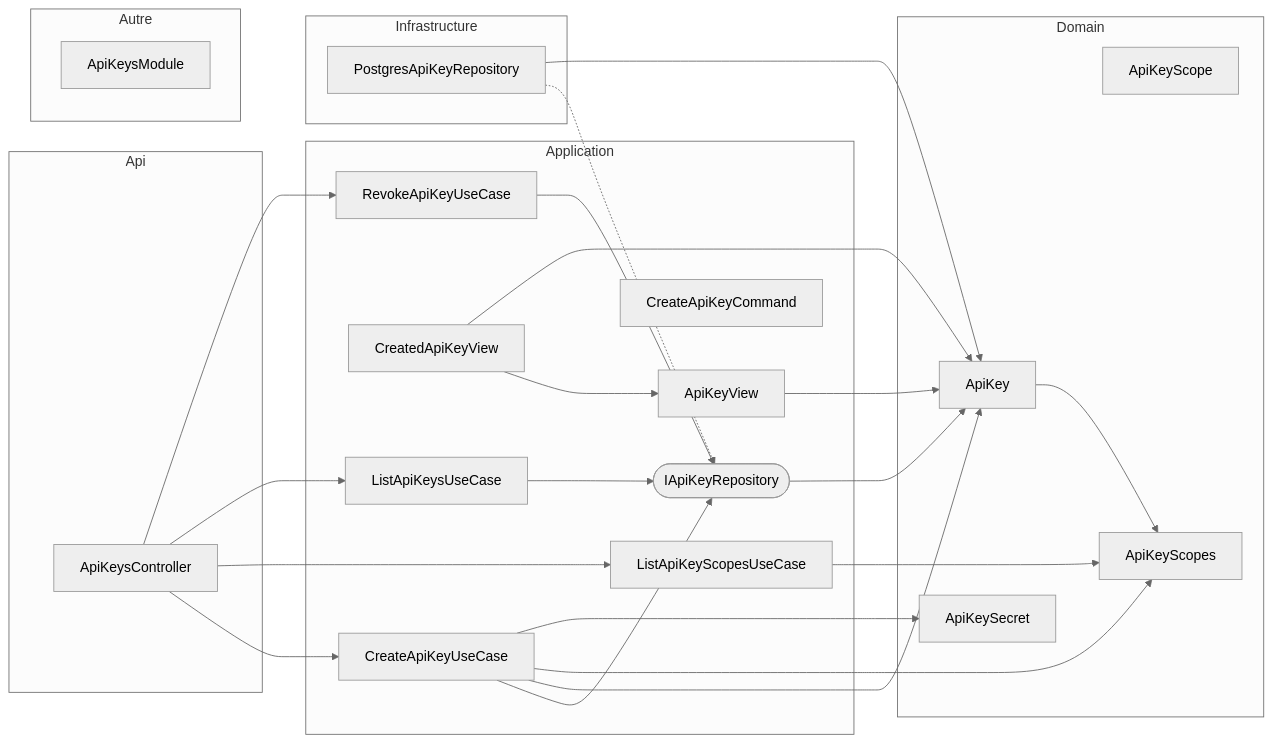
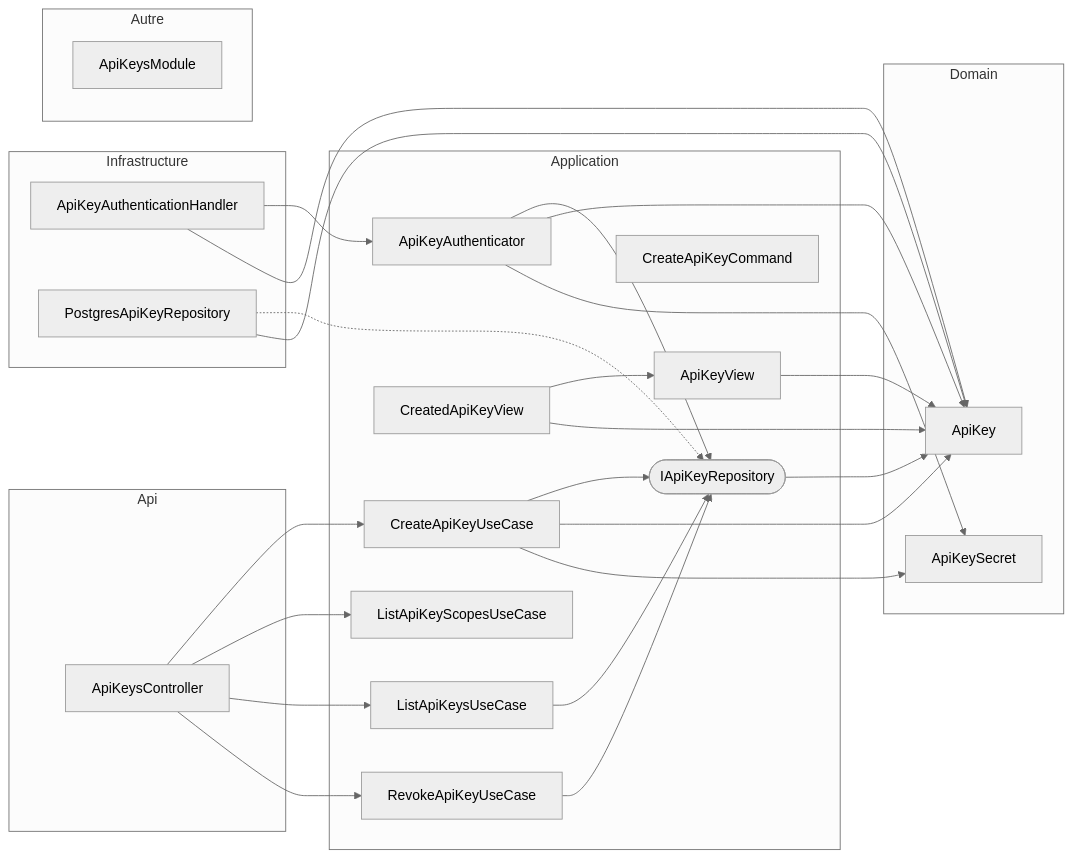
The diagram in api/docs/diagrams/Core/ApiKeys/apikeys.md (huiitre/Tools-app), drawn with Mermaid (neutral theme) before and after one commit. The commit also changed 58 other files, not shown here.

````diff
--- a/api/docs/diagrams/Core/ApiKeys/apikeys.md
+++ b/api/docs/diagrams/Core/ApiKeys/apikeys.md
@@ -5,46 +5,48 @@
 ```mermaid
 flowchart LR
   subgraph Api
   ApiKeysController["ApiKeysController"]
   end
   subgraph Application
+  ApiKeyAuthenticator["ApiKeyAuthenticator"]
   ApiKeyView["ApiKeyView"]
   CreateApiKeyCommand["CreateApiKeyCommand"]
   CreateApiKeyUseCase["CreateApiKeyUseCase"]
   CreatedApiKeyView["CreatedApiKeyView"]
   IApiKeyRepository(["IApiKeyRepository"])
   ListApiKeyScopesUseCase["ListApiKeyScopesUseCase"]
   ListApiKeysUseCase["ListApiKeysUseCase"]
   RevokeApiKeyUseCase["RevokeApiKeyUseCase"]
   end
   subgraph Domain
   ApiKey["ApiKey"]
-  ApiKeyScope["ApiKeyScope"]
-  ApiKeyScopes["ApiKeyScopes"]
   ApiKeySecret["ApiKeySecret"]
   end
   subgraph Infrastructure
+  ApiKeyAuthenticationHandler["ApiKeyAuthenticationHandler"]
   PostgresApiKeyRepository["PostgresApiKeyRepository"]
   end
   subgraph Autre
   ApiKeysModule["ApiKeysModule"]
   end
-  ApiKey --> ApiKeyScopes
+  ApiKeyAuthenticationHandler --> ApiKeyAuthenticator
+  ApiKeyAuthenticationHandler --> ApiKey
+  ApiKeyAuthenticator --> IApiKeyRepository
+  ApiKeyAuthenticator --> ApiKey
+  ApiKeyAuthenticator --> ApiKeySecret
   ApiKeyView --> ApiKey
   ApiKeysController --> CreateApiKeyUseCase
   ApiKeysController --> ListApiKeyScopesUseCase
   ApiKeysController --> ListApiKeysUseCase
   ApiKeysController --> RevokeApiKeyUseCase
   CreateApiKeyUseCase --> IApiKeyRepository
   CreateApiKeyUseCase --> ApiKey
-  CreateApiKeyUseCase --> ApiKeyScopes
   CreateApiKeyUseCase --> ApiKeySecret
   CreatedApiKeyView --> ApiKeyView
   CreatedApiKeyView --> ApiKey
   IApiKeyRepository --> ApiKey
-  ListApiKeyScopesUseCase --> ApiKeyScopes
   ListApiKeysUseCase --> IApiKeyRepository
   PostgresApiKeyRepository -.-> IApiKeyRepository
   PostgresApiKeyRepository --> ApiKey
   RevokeApiKeyUseCase --> IApiKeyRepository
 ```
````
